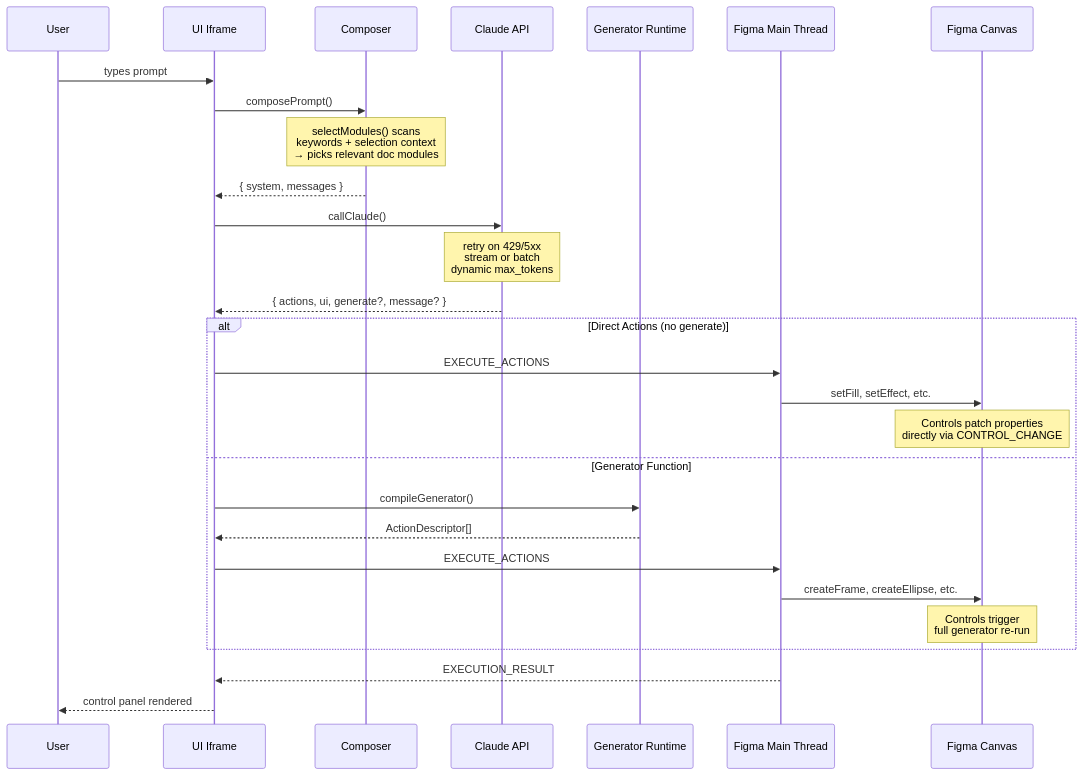
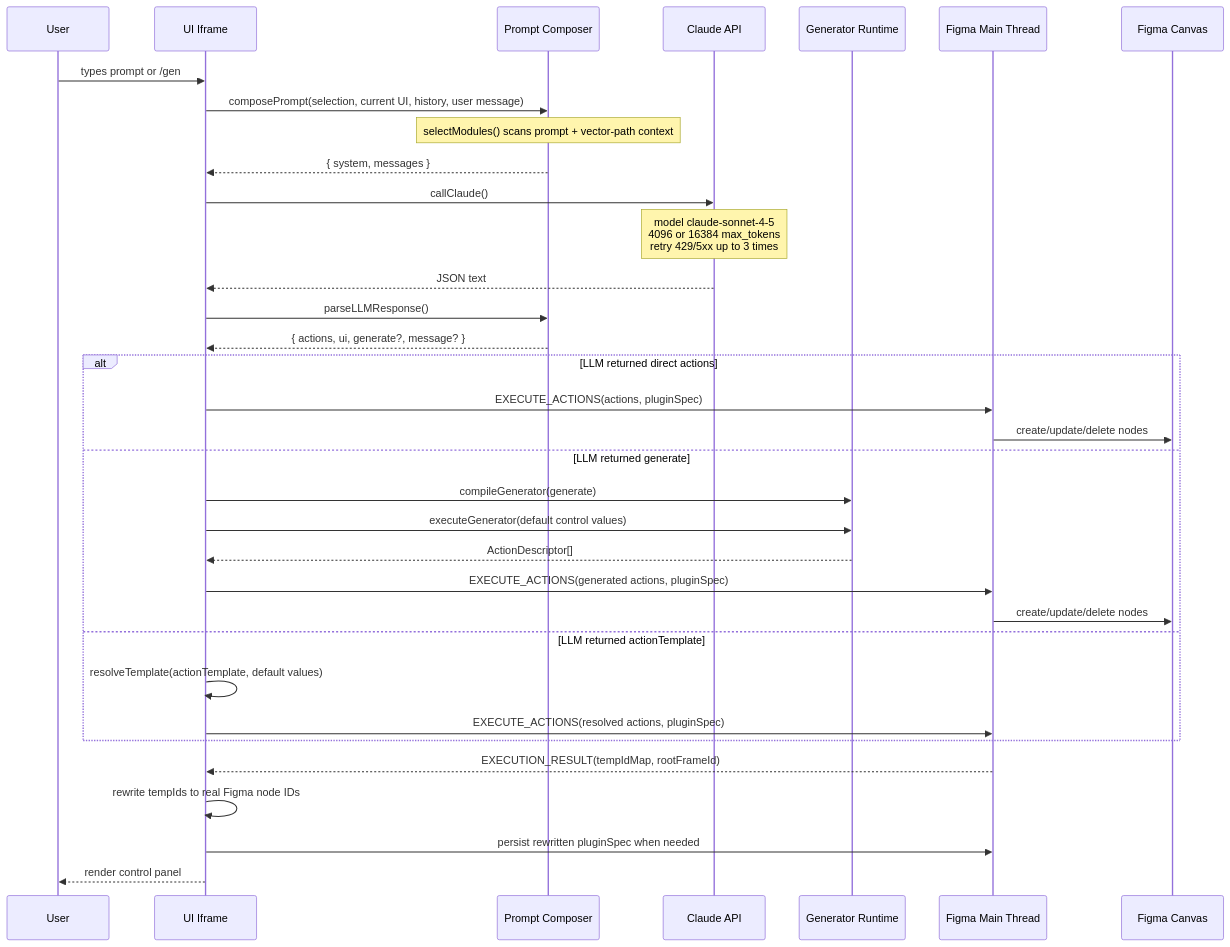
The second of 6 diagrams in ARCHITECTURE.md (jjcall/Switches), drawn with Mermaid before and after one commit. The commit also changed other lines of this file and 1 other file, not shown here.

````diff
--- a/ARCHITECTURE.md
+++ b/ARCHITECTURE.md
@@ -59,37 +65,39 @@
 ```mermaid
 sequenceDiagram
     participant U as User
     participant UI as UI Iframe
-    participant C as Composer
+    participant C as Prompt Composer
     participant API as Claude API
     participant Gen as Generator Runtime
     participant Main as Figma Main Thread
     participant Canvas as Figma Canvas
 
-    U->>UI: types prompt
-    UI->>C: composePrompt()
-
-    Note over C: selectModules() scans<br/>keywords + selection context<br/>→ picks relevant doc modules
-
+    U->>UI: types prompt or /gen
+    UI->>C: composePrompt(selection, current UI, history, user message)
+    Note over C: selectModules() scans prompt + vector-path context
     C-->>UI: { system, messages }
     UI->>API: callClaude()
+    Note over API: model claude-sonnet-4-5<br/>4096 or 16384 max_tokens<br/>retry 429/5xx up to 3 times
+    API-->>UI: JSON text
+    UI->>C: parseLLMResponse()
+    C-->>UI: { actions, ui, generate?, message? }
 
-    Note over API: retry on 429/5xx<br/>stream or batch<br/>dynamic max_tokens
-
-    API-->>UI: { actions, ui, generate?, message? }
-
-    alt Direct Actions (no generate)
-        UI->>Main: EXECUTE_ACTIONS
-        Main->>Canvas: setFill, setEffect, etc.
-        Note over Canvas: Controls patch properties<br/>directly via CONTROL_CHANGE
-    else Generator Function
-        UI->>Gen: compileGenerator()
+    alt LLM returned direct actions
+        UI->>Main: EXECUTE_ACTIONS(actions, pluginSpec)
+        Main->>Canvas: create/update/delete nodes
+    else LLM returned generate
+        UI->>Gen: compileGenerator(generate)
+        UI->>Gen: executeGenerator(default control values)
         Gen-->>UI: ActionDescriptor[]
-        UI->>Main: EXECUTE_ACTIONS
-        Main->>Canvas: createFrame, createEllipse, etc.
-        Note over Canvas: Controls trigger<br/>full generator re-run
+        UI->>Main: EXECUTE_ACTIONS(generated actions, pluginSpec)
+        Main->>Canvas: create/update/delete nodes
+    else LLM returned actionTemplate
+        UI->>UI: resolveTemplate(actionTemplate, default values)
+        UI->>Main: EXECUTE_ACTIONS(resolved actions, pluginSpec)
     end
 
-    Main-->>UI: EXECUTION_RESULT
-    UI-->>U: control panel rendered
+    Main-->>UI: EXECUTION_RESULT(tempIdMap, rootFrameId)
+    UI->>UI: rewrite tempIds to real Figma node IDs
+    UI->>Main: persist rewritten pluginSpec when needed
+    UI-->>U: render control panel
 ```
````
